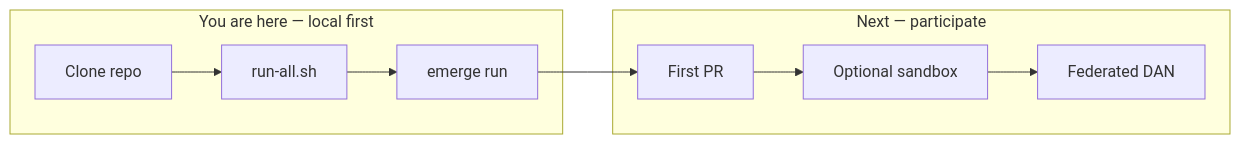
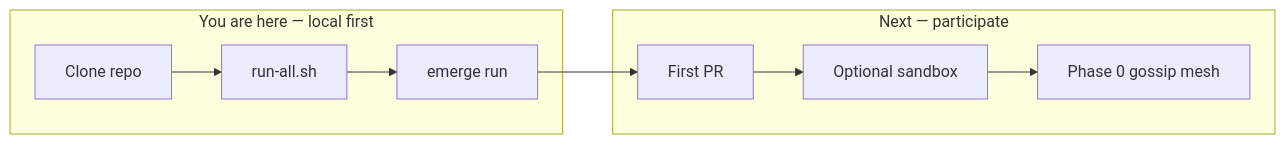
Before and after one commit to azank1/orcha: the first of 2 diagrams in docs/join.md, drawn with Mermaid. The commit also changed other lines of this file and 21 other files, not shown here.

````diff
--- a/docs/join.md
+++ b/docs/join.md
@@ -13,19 +13,19 @@
 ```mermaid
 flowchart LR
   subgraph now [You are here — local first]
     Clone[Clone repo]
     Run[run-all.sh]
     Agent[emerge run]
   end
 
   subgraph next [Next — participate]
     Contrib[First PR]
     Sandbox[Optional sandbox]
-    Network[Federated DAN]
+    Network[Phase 0 gossip mesh]
   end
 
   Clone --> Run --> Agent
   Agent --> Contrib
   Contrib --> Sandbox
   Sandbox --> Network
 ```
````
